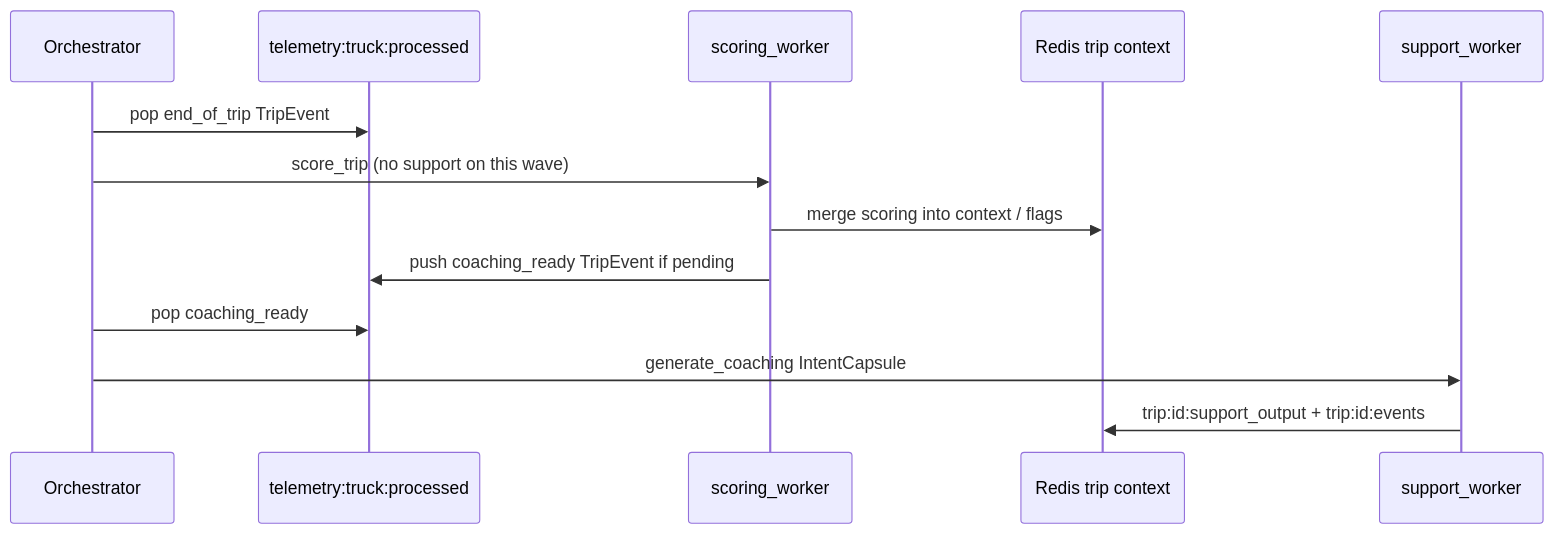
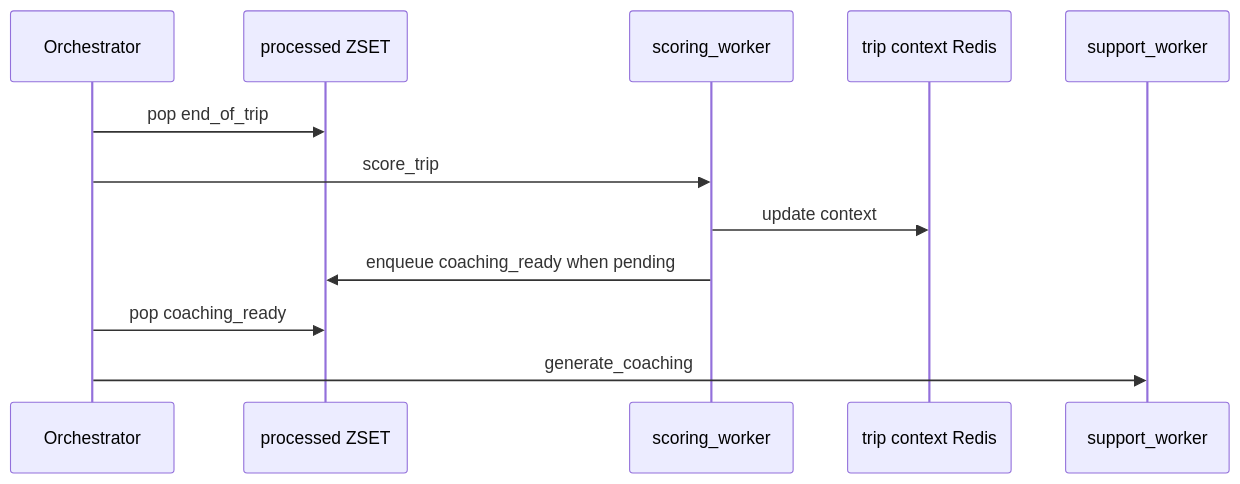
One commit to tracedata-ai/tracedata-ai-monorepo changed the third of 3 diagrams in README.md. Above: the diagram before and after it, drawn with Mermaid. The commit also changed other lines of this file and 2 other files, not shown here.

Commit message:
TDATA-91-DOCS(support): Formatting update

````diff
--- a/README.md
+++ b/README.md
@@ -170,16 +86,14 @@
 ```mermaid
 sequenceDiagram
   participant O as Orchestrator
-  participant Z as telemetry:truck:processed
-  participant C as scoring_worker
-  participant R as Redis trip context
-  participant S as support_worker
-
-  O->>Z: pop end_of_trip TripEvent
-  O->>C: score_trip (no support on this wave)
-  C->>R: merge scoring into context / flags
-  C->>Z: push coaching_ready TripEvent if pending
+  participant Z as processed ZSET
+  participant S as scoring_worker
+  participant R as trip context Redis
+  participant P as support_worker
+  O->>Z: pop end_of_trip
+  O->>S: score_trip
+  S->>R: update context
+  S->>Z: enqueue coaching_ready when pending
   O->>Z: pop coaching_ready
-  O->>S: generate_coaching IntentCapsule
-  S->>R: trip:id:support_output + trip:id:events
+  O->>P: generate_coaching
 ```
````
